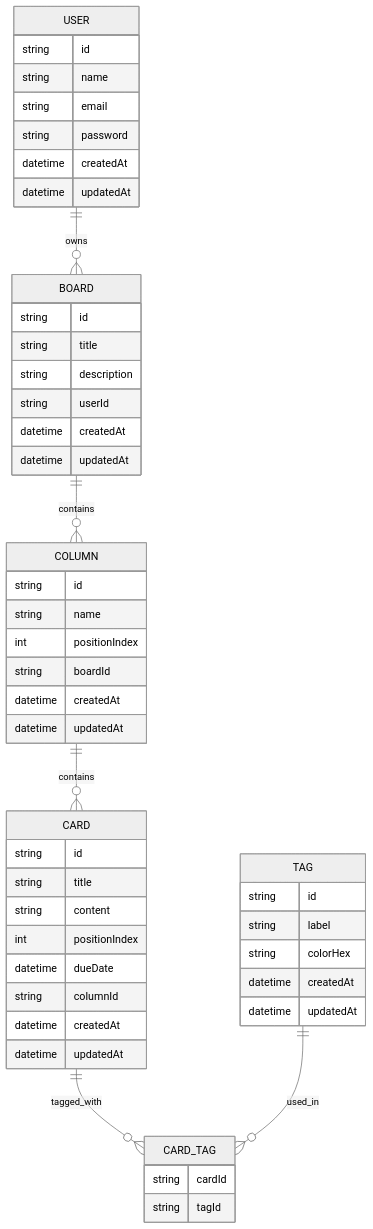
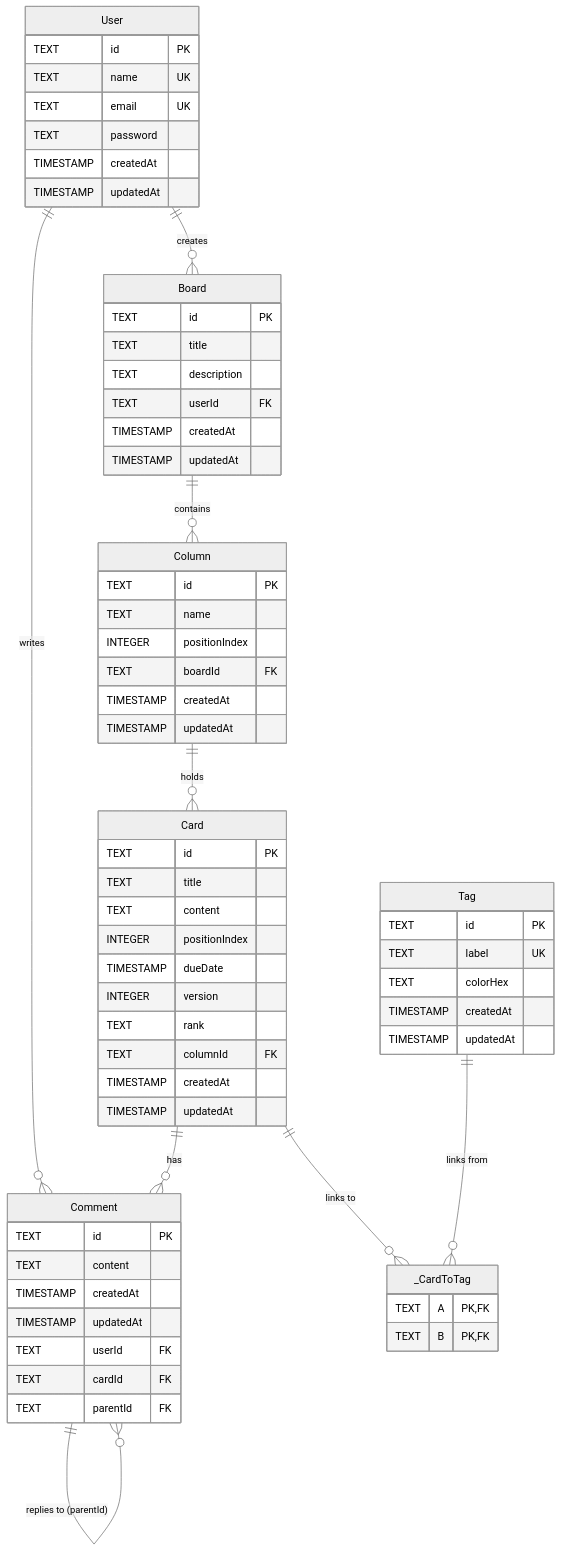
Before and after one commit to Okibe00/Reskilled_program: the diagram in stage_0/README.md, drawn with Mermaid (neutral theme). The commit also changed other lines of this file and 3 other files, not shown here.

Commit message:
doc update readme and include architectural_evolution document

````diff
--- a/stage_0/README.md
+++ b/stage_0/README.md
@@ -10,60 +10,77 @@
 ```mermaid
 erDiagram
-
-    USER ||--o{ BOARD : owns
-    BOARD ||--o{ COLUMN : contains
-    COLUMN ||--o{ CARD : contains
-    CARD ||--o{ CARD_TAG : tagged_with
-    TAG ||--o{ CARD_TAG : used_in
-
-    USER {
-        string id
-        string name
-        string email
-        string password
-        datetime createdAt
-        datetime updatedAt
+    User {
+        TEXT id PK
+        TEXT name UK
+        TEXT email UK
+        TEXT password
+        TIMESTAMP createdAt
+        TIMESTAMP updatedAt
+    }
+    
+    Board {
+        TEXT id PK
+        TEXT title
+        TEXT description
+        TEXT userId FK
+        TIMESTAMP createdAt
+        TIMESTAMP updatedAt
+    }
+    
+    Column {
+        TEXT id PK
+        TEXT name
+        INTEGER positionIndex
+        TEXT boardId FK
+        TIMESTAMP createdAt
+        TIMESTAMP updatedAt
+    }
+    
+    Card {
+        TEXT id PK
+        TEXT title
+        TEXT content
+        INTEGER positionIndex
+        TIMESTAMP dueDate
+        INTEGER version
+        TEXT rank
+        TEXT columnId FK
+        TIMESTAMP createdAt
+        TIMESTAMP updatedAt
+    }
+    
+    Tag {
+        TEXT id PK
+        TEXT label UK
+        TEXT colorHex
+        TIMESTAMP createdAt
+        TIMESTAMP updatedAt
+    }
+    
+    Comment {
+        TEXT id PK
+        TEXT content
+        TIMESTAMP createdAt
+        TIMESTAMP updatedAt
+        TEXT userId FK
+        TEXT cardId FK
+        TEXT parentId FK
+    }
+    
+    _CardToTag {
+        TEXT A PK, FK
+        TEXT B PK, FK
     }
 
-    BOARD {
-        string id
-        string title
-        string description
-        string userId
-        datetime createdAt
-        datetime updatedAt
-    }
-
-    COLUMN {
-        string id
-        string name
-        int positionIndex
-        string boardId
-        datetime createdAt
-        datetime updatedAt
-    }
-
-    CARD {
-        string id
-        string title
-        string content
-        int positionIndex
-        datetime dueDate
-        string columnId
-        datetime createdAt
-        datetime updatedAt
-    }
-
-    TAG {
-        string id
-        string label
-        string colorHex
-        datetime createdAt
-        datetime updatedAt
-    }
-
-    CARD_TAG {
-        string cardId
-        string tagId
-    }
+    %% Relationships
+    User ||--o{ Board : "creates"
+    Board ||--o{ Column : "contains"
+    Column ||--o{ Card : "holds"
+    
+    User ||--o{ Comment : "writes"
+    Card ||--o{ Comment : "has"
+    Comment ||--o{ Comment : "replies to (parentId)"
+    
+    Card ||--o{ _CardToTag : "links to"
+    Tag ||--o{ _CardToTag : "links from"
 ```
````
